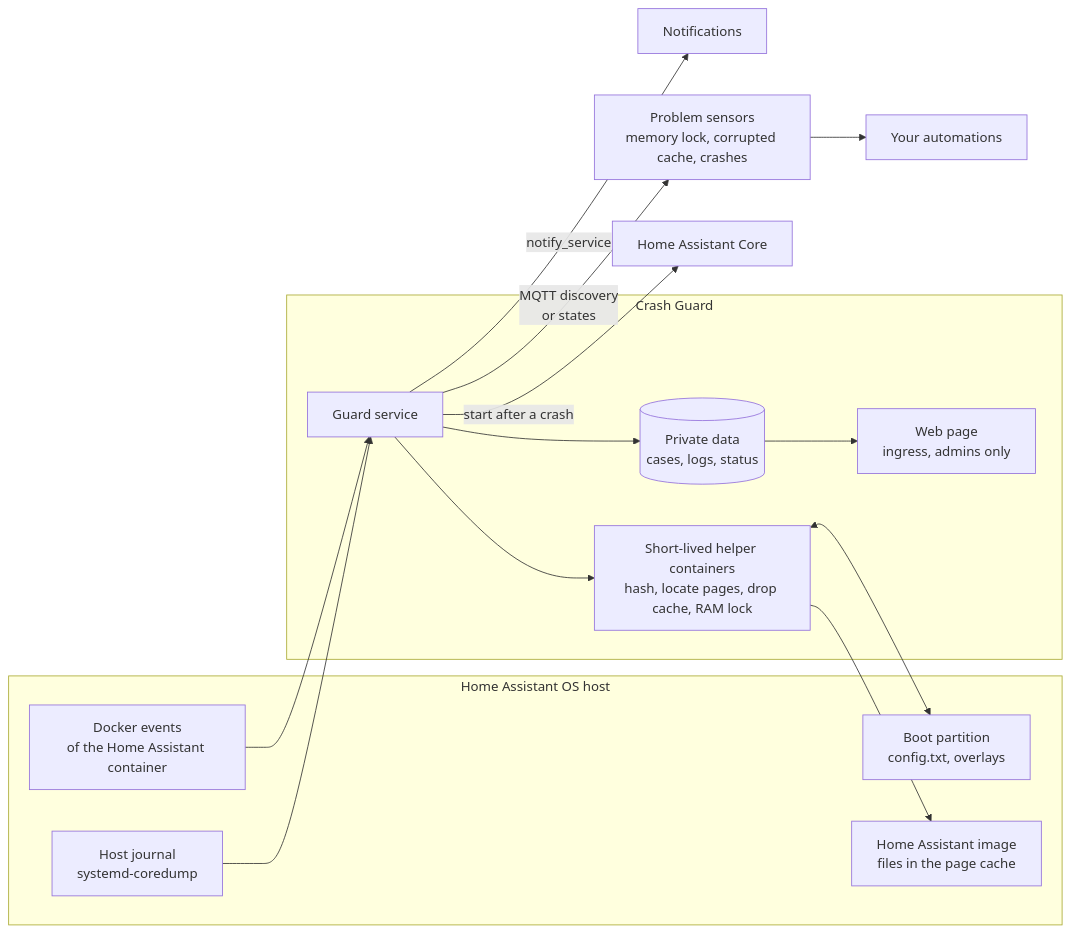
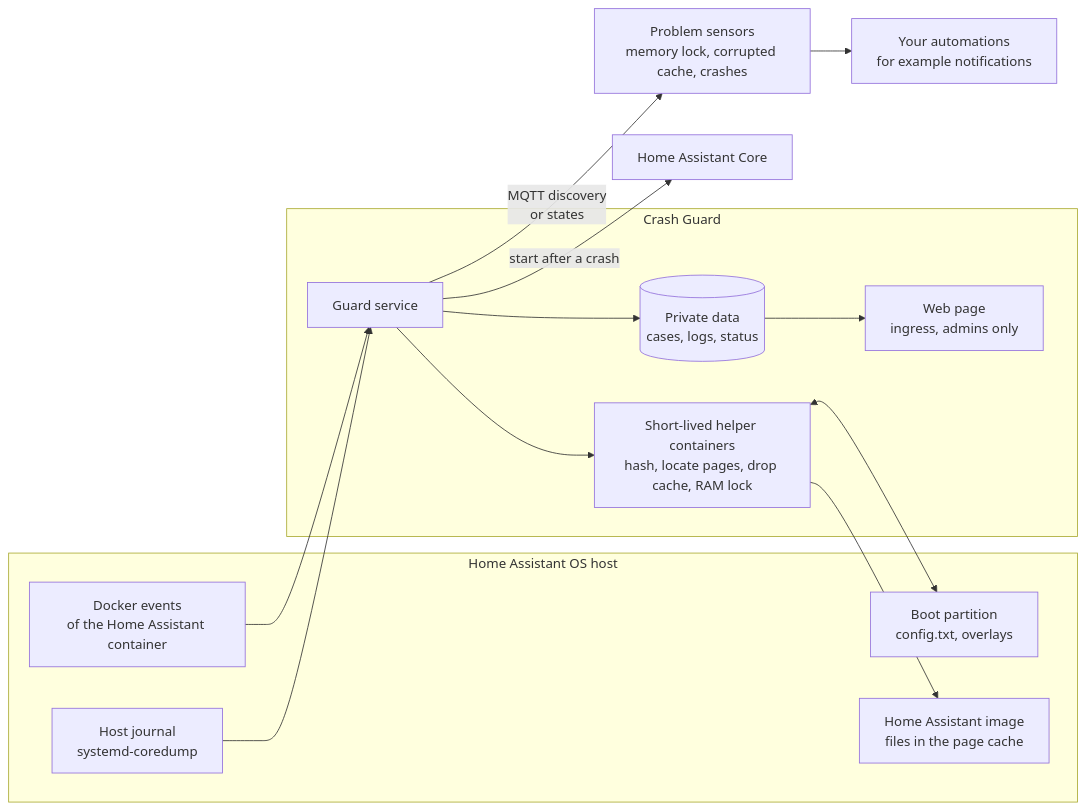
One commit to n-schilling/ha-app-crash-guard changed the diagram in README.md. Above: the diagram before and after it, drawn with Mermaid. The commit also changed 7 other files, not shown here.

First line of the commit message:
Remove notify_service: no notifications of its own

````diff
--- a/README.md
+++ b/README.md
@@ -37,26 +37,25 @@
 ```mermaid
 flowchart LR
     subgraph host["Home Assistant OS host"]
         docker["Docker events<br/>of the Home Assistant container"]
         layers["Home Assistant image<br/>files in the page cache"]
         journal["Host journal<br/>systemd-coredump"]
         boot["Boot partition<br/>config.txt, overlays"]
     end
     subgraph app["Crash Guard"]
         guard["Guard service"]
         helpers["Short-lived helper containers<br/>hash, locate pages, drop cache, RAM lock"]
         data[("Private data<br/>cases, logs, status")]
         page["Web page<br/>ingress, admins only"]
         guard --> helpers
         guard --> data
         data --> page
     end
     docker --> guard
     journal --> guard
     helpers --> layers
     helpers <--> boot
     guard -->|"start after a crash"| core["Home Assistant Core"]
     guard -->|"MQTT discovery<br/>or states"| sensors["Problem sensors<br/>memory lock, corrupted cache, crashes"]
-    guard -->|"notify_service"| notify["Notifications"]
-    sensors --> automations["Your automations"]
+    sensors --> automations["Your automations<br/>for example notifications"]
 ```
````
